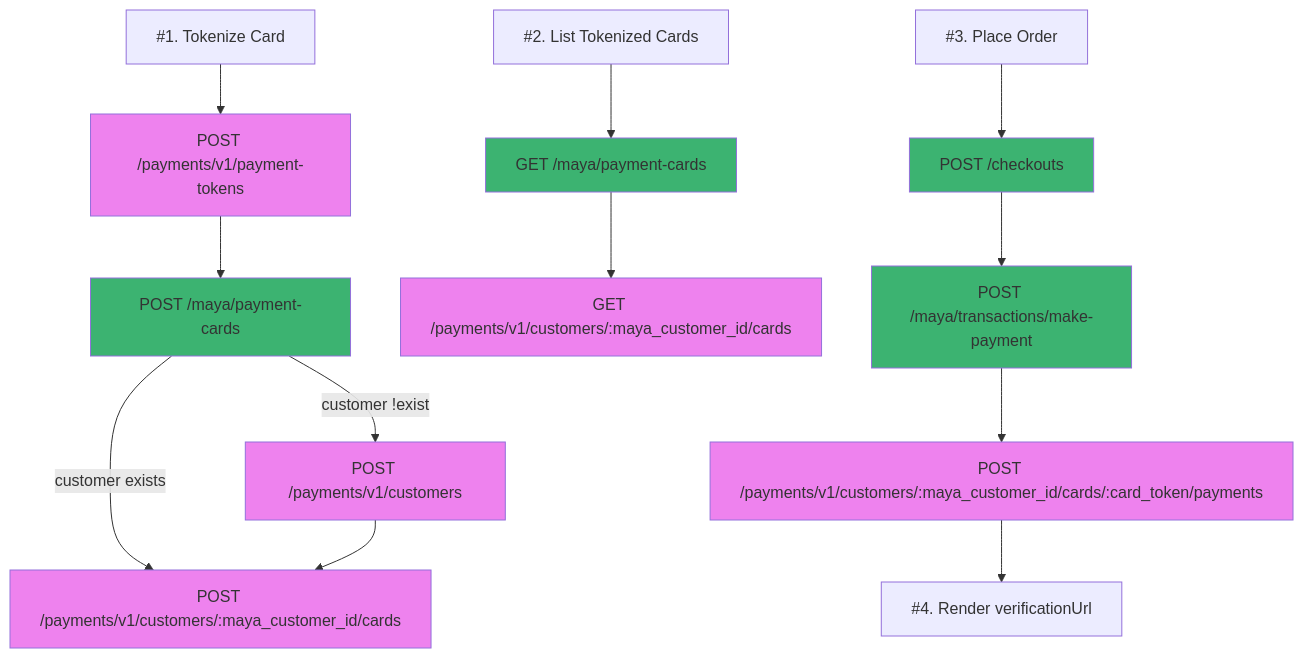
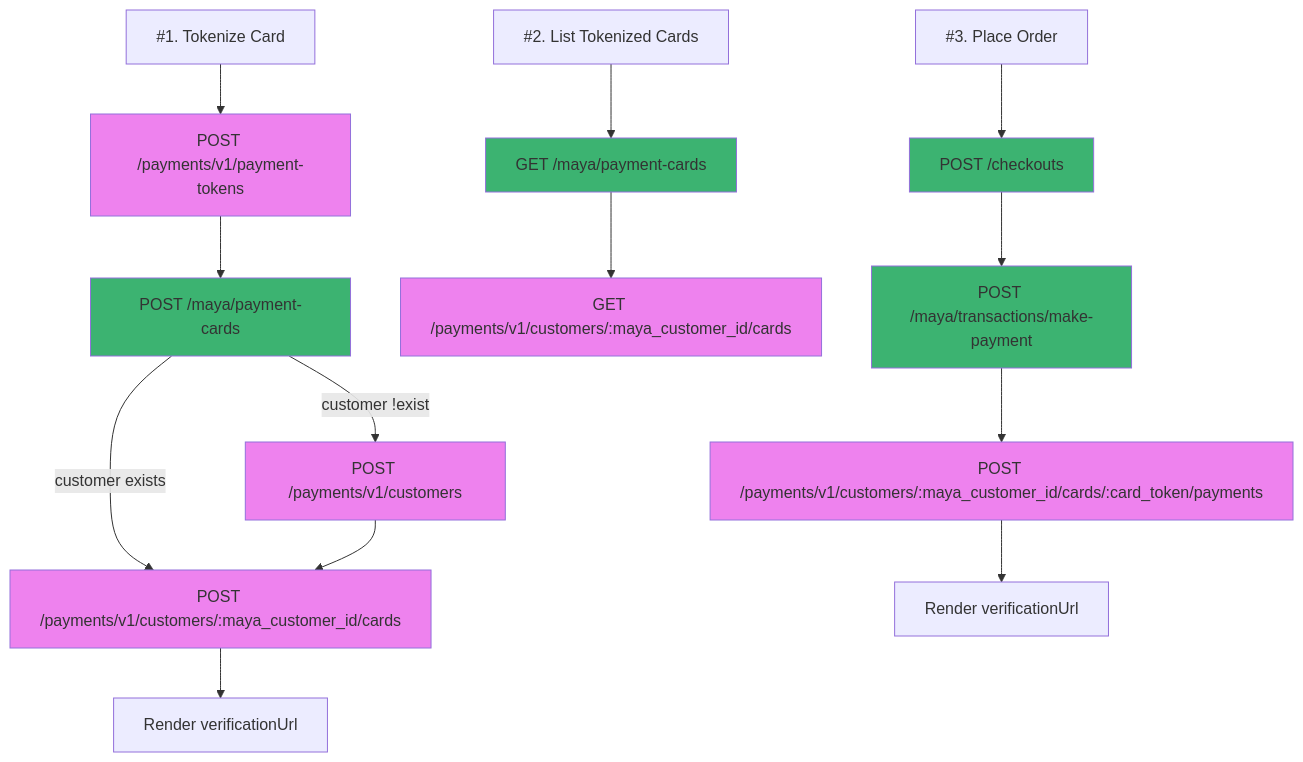
One commit to israelcoper/mermaid-diagram changed the diagram in propose-maya-payment-card-flow.md. Above: the diagram before and after it, drawn with Mermaid.

````diff
--- a/propose-maya-payment-card-flow.md
+++ b/propose-maya-payment-card-flow.md
@@ -2,27 +2,28 @@
 ```mermaid
 ---
 title:
 ---
 flowchart TB;
     style B1 fill:#ee82ee
     style B2 fill:#3cb371
     style F1 fill:#ee82ee
     style F2 fill:#ee82ee
     style Y fill:#3cb371
     style Z fill:#ee82ee
     style E fill:#3cb371
     style G fill:#3cb371
     style H fill:#ee82ee
     A["#1. Tokenize Card"]-->B1[POST /payments/v1/payment-tokens];
     B1-->B2[POST /maya/payment-cards];
     B2-- customer !exist -->F1[POST /payments/v1/customers];
     B2-- customer exists -->F2[POST /payments/v1/customers/:maya_customer_id/cards];
     F1-->F2;
+    F2-->F3[Render verificationUrl];
     X["#2. List Tokenized Cards"]-->Y[GET /maya/payment-cards];
     Y-->Z[GET /payments/v1/customers/:maya_customer_id/cards];
     C["#3. Place Order"];
     C-->E[POST /checkouts];
     E-->G[POST /maya/transactions/make-payment];
     G-->H[POST /payments/v1/customers/:maya_customer_id/cards/:card_token/payments];
-    H-->I["#4. Render verificationUrl"];
+    H-->I[Render verificationUrl];
 ```
````
